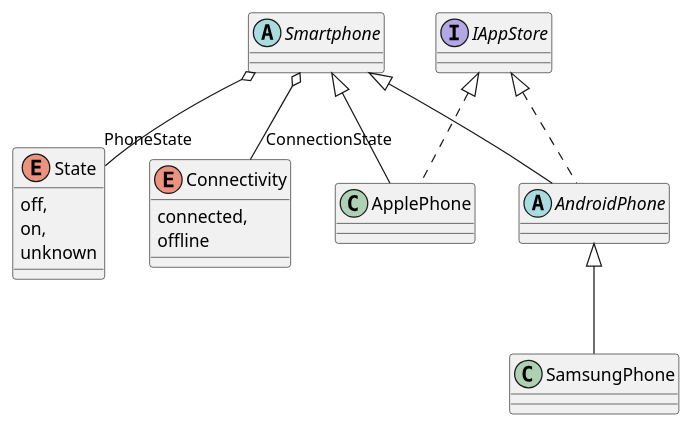
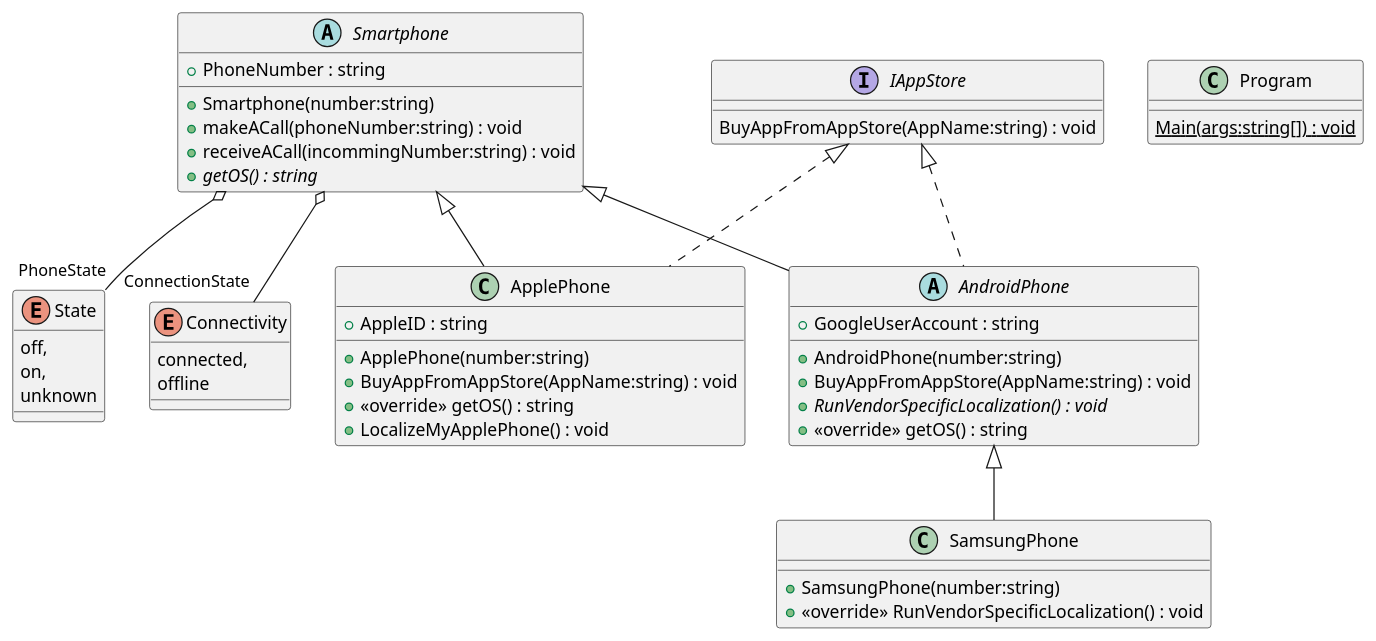
One commit to galinarudollf/Aufgabe04_2020 changed the diagram in Aufgabe_3/mainEdit.puml. Above: the diagram before and after it, drawn with PlantUML.

Commit message:
aendert puml-file

```diff
--- a/Aufgabe_3/mainEdit.puml
+++ b/Aufgabe_3/mainEdit.puml
@@ -1,29 +1,49 @@
 @startuml
 enum State {
     off,
     on,
     unknown
 }
 enum Connectivity {
     connected,
     offline
 }
 abstract class Smartphone {
+    + PhoneNumber : string
+    + Smartphone(number:string)
+    + makeACall(phoneNumber:string) : void
+    + receiveACall(incommingNumber:string) : void
+    + {abstract} getOS() : string
 }
 interface IAppStore {
+    BuyAppFromAppStore(AppName:string) : void
 }
 class ApplePhone {
+    + AppleID : string
+    + ApplePhone(number:string)
+    + BuyAppFromAppStore(AppName:string) : void
+    + <<override>> getOS() : string
+    + LocalizeMyApplePhone() : void
 }
 abstract class AndroidPhone {
+    + GoogleUserAccount : string
+    + AndroidPhone(number:string)
+    + BuyAppFromAppStore(AppName:string) : void
+    + {abstract} RunVendorSpecificLocalization() : void
+    + <<override>> getOS() : string
 }
 class SamsungPhone {
+    + SamsungPhone(number:string)
+    + <<override>> RunVendorSpecificLocalization() : void
 }
-
+class Program {
+    {static} Main(args:string[]) : void
+}
 Smartphone o-- "PhoneState" State
 Smartphone o-- "ConnectionState" Connectivity
 Smartphone <|-- ApplePhone
 IAppStore <|.. ApplePhone
 Smartphone <|-- AndroidPhone
 IAppStore <|.. AndroidPhone
 AndroidPhone <|-- SamsungPhone
 @enduml
```
